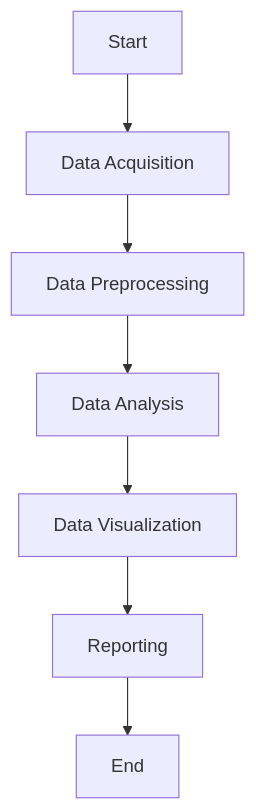
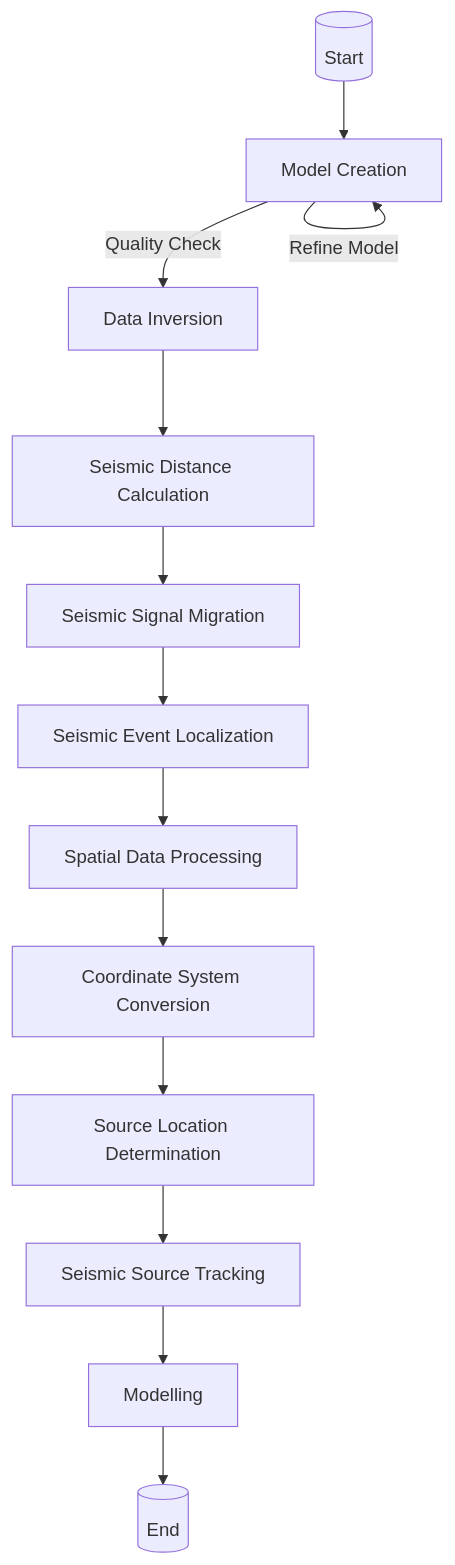
Before and after one commit to n1az/pyseis: the diagram in docs/requirement.md, drawn with Mermaid. The commit also changed other lines of this file, not shown here.

Commit message:
UPDATE: Activity Diagram, Component Analysis

````diff
--- a/docs/requirement.md
+++ b/docs/requirement.md
@@ -5,9 +5,15 @@
 ```mermaid
 graph TD
-    A[Start] --> B[Data Acquisition]
-    B --> C[Data Preprocessing]
-    C --> D[Data Analysis]
-    D --> E[Data Visualization]
-    E --> F[Reporting]
-    F --> G[End]
+    A[(Start)] --> B[Model Creation]
+    B -->|Quality Check| C[Data Inversion]
+    B -->|Refine Model| B
+    C --> D[Seismic Distance Calculation]
+    D --> E[Seismic Signal Migration]
+    E --> F[Seismic Event Localization]
+    F --> G[Spatial Data Processing]
+    G --> H[Coordinate System Conversion]
+    H --> I[Source Location Determination]
+    I --> J[Seismic Source Tracking]
+    J --> K[Modelling]
+    K --> L[(End)]
 ```
````
